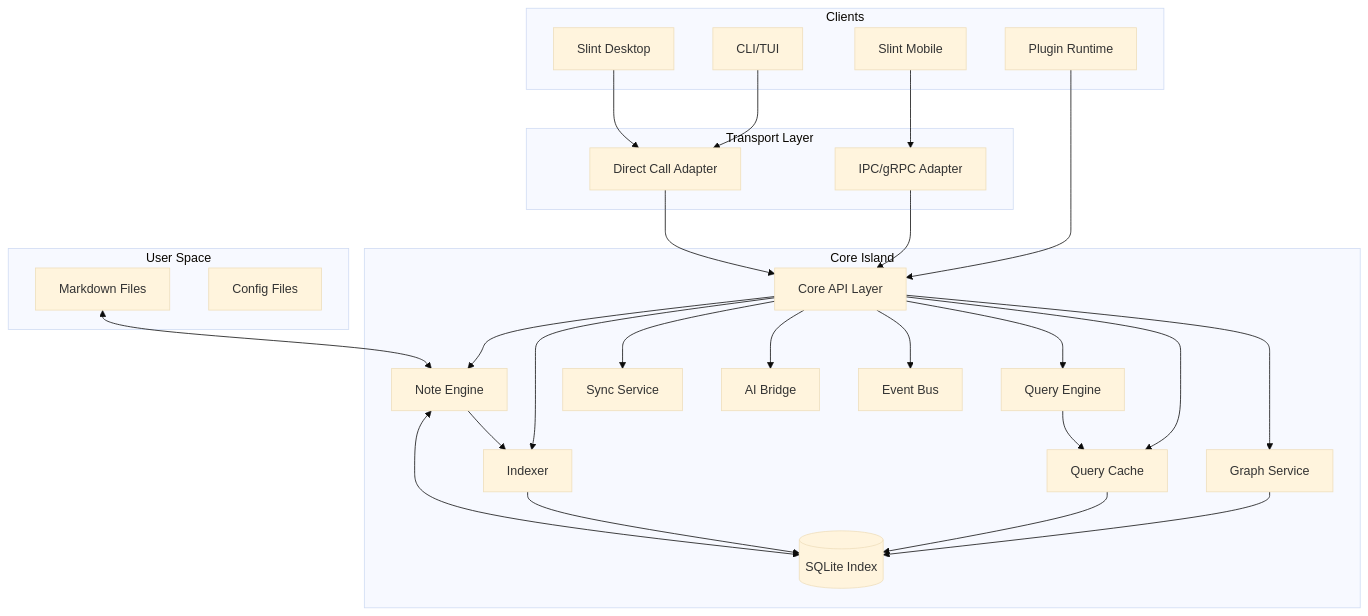
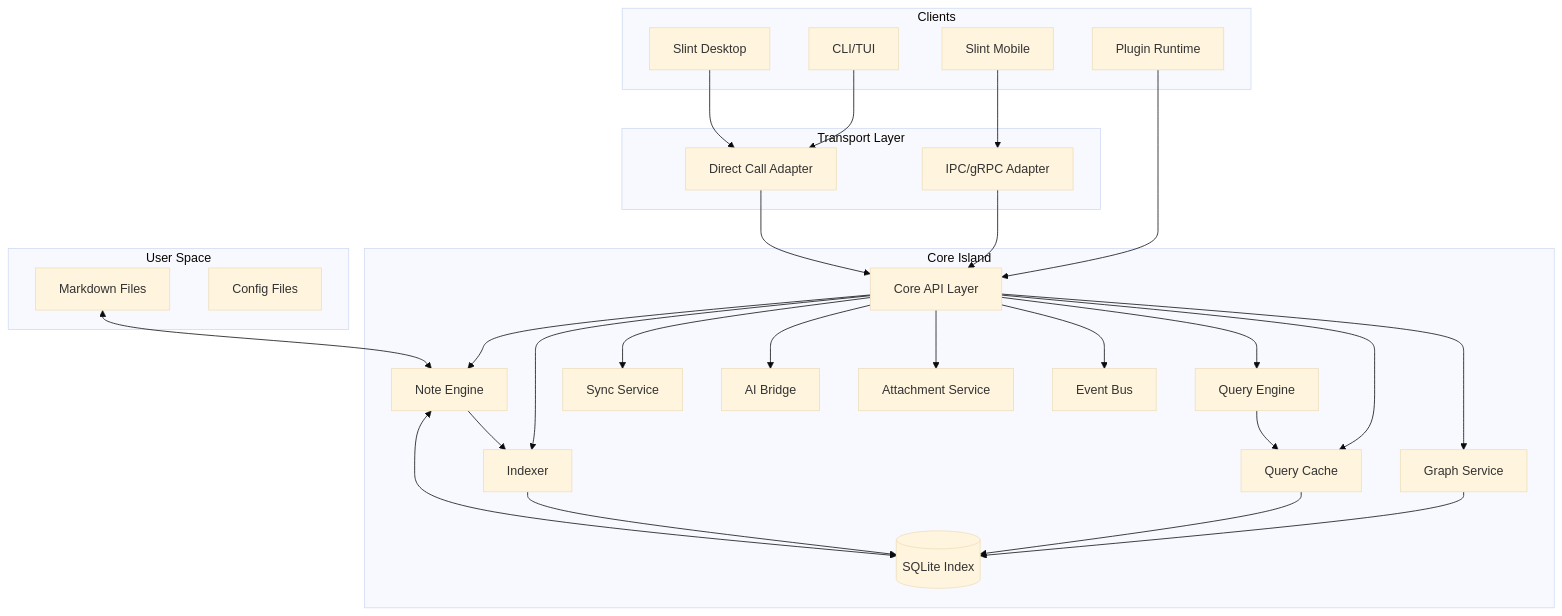
The diagram in architecture.md (TaylorFinklea/tesela), drawn with Mermaid (base theme) before and after one commit. The commit also changed other lines of this file and 2 other files, not shown here.

First line of the commit message:
Update project roadmap and features documentation

````diff
--- a/architecture.md
+++ b/architecture.md
@@ -15,57 +15,59 @@
 ```mermaid
 graph TB
     subgraph "User Space"
         MD[Markdown Files]
         CFG[Config Files]
     end
     
     subgraph "Core Island"
         API[Core API Layer]
         NE[Note Engine]
         IDX[Indexer]
         QRY[Query Engine]
         CACHE[Query Cache]
         GRP[Graph Service]
         SYN[Sync Service]
         AI[AI Bridge]
+        ATT[Attachment Service]
         EVT[Event Bus]
         DB[(SQLite Index)]
     end
     
     subgraph "Transport Layer"
         IPC[IPC/gRPC Adapter]
         DIR[Direct Call Adapter]
     end
     
     subgraph "Clients"
         DESK[Slint Desktop]
         MOB[Slint Mobile]
         CLI[CLI/TUI]
         PLG[Plugin Runtime]
     end
     
     MD <--> NE
     NE <--> DB
     NE --> IDX
     IDX --> DB
     QRY --> CACHE
     CACHE --> DB
     GRP --> DB
     
     API --> NE
     API --> IDX
     API --> QRY
     API --> CACHE
     API --> GRP
     API --> SYN
     API --> AI
+    API --> ATT
     API --> EVT
     
     DIR --> API
     IPC --> API
     
     DESK --> DIR
     MOB --> IPC
     CLI --> DIR
     PLG --> API
 ```
````
